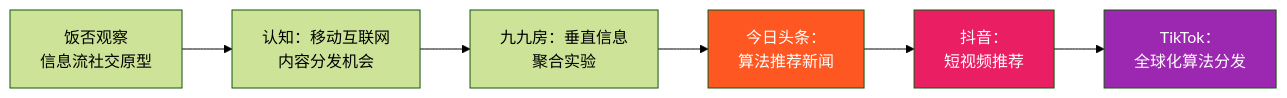
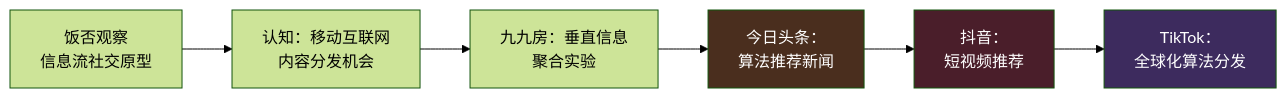
The first of 3 diagrams in content/philosophies/产品与算法思维.md (qinwenshi/wiki), drawn with Mermaid (forest theme) before and after one commit. The commit also changed other lines of this file and 13 other files, not shown here.

First line of the commit message:
Fix Mermaid theme: Catppuccin dark palette for all diagram types

````diff
--- a/content/philosophies/产品与算法思维.md
+++ b/content/philosophies/产品与算法思维.md
@@ -24,12 +24,12 @@
 ```mermaid
 flowchart LR
     A[饭否观察<br/>信息流社交原型] --> B[认知：移动互联网<br/>内容分发机会]
     B --> C[九九房：垂直信息<br/>聚合实验]
     C --> D[今日头条：<br/>算法推荐新闻]
     D --> E[抖音：<br/>短视频推荐]
     E --> F[TikTok：<br/>全球化算法分发]
     
-    style D fill:#FF5722,color:#fff
-    style E fill:#E91E63,color:#fff
-    style F fill:#9C27B0,color:#fff
+    style D fill:#4a2e1e,color:#fff
+    style E fill:#4a1e2a,color:#fff
+    style F fill:#3d2b5e,color:#fff
 ```
````
